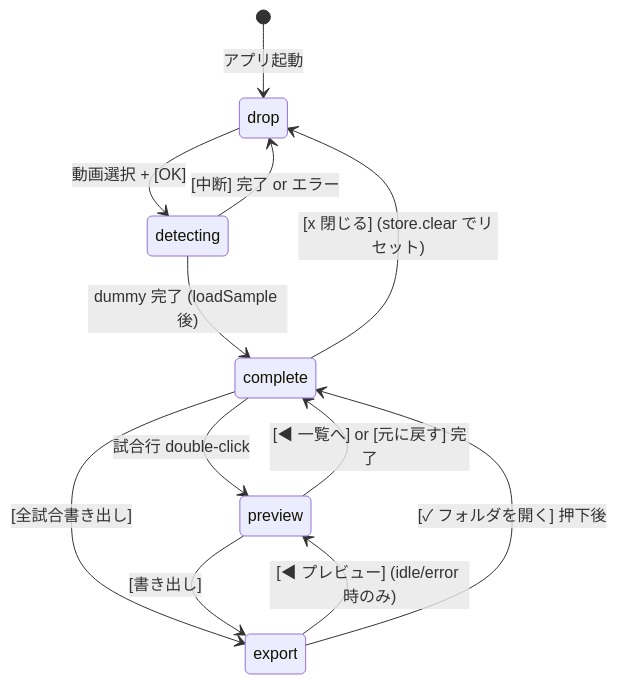
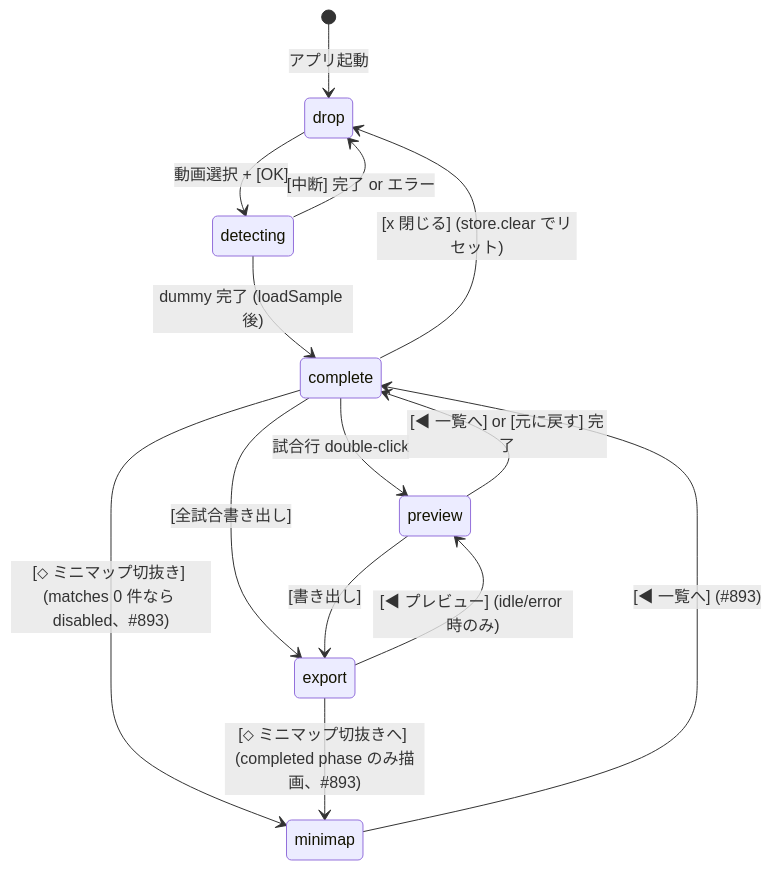
One commit to Idios/kobutachan-allaganeye changed the first of 8 diagrams in docs/ui-architecture.md. Above: the diagram before and after it, drawn with Mermaid. The commit also changed other lines of this file and 377 other files, not shown here.

````diff
--- a/docs/ui-architecture.md
+++ b/docs/ui-architecture.md
@@ -32,18 +33,21 @@
 ```mermaid
 stateDiagram-v2
     [*] --> drop: アプリ起動
 
     drop --> detecting: 動画選択 + [OK]
     detecting --> complete: dummy 完了 (loadSample 後)
     detecting --> drop: [中断] 完了 or エラー
 
     complete --> preview: 試合行 double-click
     complete --> export: [全試合書き出し]
+    complete --> minimap: [⬦ ミニマップ切抜き] (matches 0 件なら disabled、#893)
     complete --> drop: [x 閉じる] (store.clear でリセット)
 
     preview --> complete: [◀ 一覧へ] or [元に戻す] 完了
     preview --> export: [書き出し]
 
     export --> preview: [◀ プレビュー] (idle/error 時のみ)
-    export --> complete: [✓ フォルダを開く] 押下後
+    export --> minimap: [⬦ ミニマップ切抜きへ] (completed phase のみ描画、#893)
+
+    minimap --> complete: [◀ 一覧へ] (#893)
 ```
````
